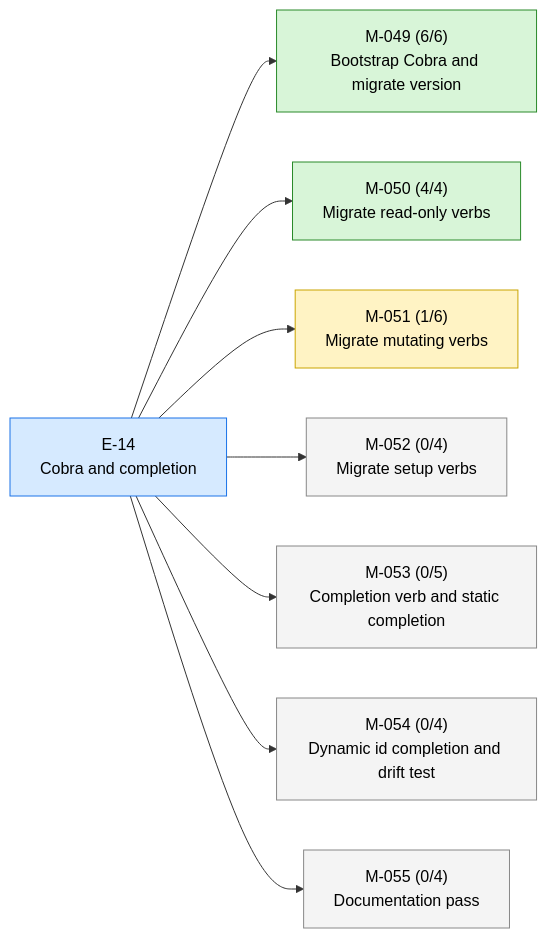
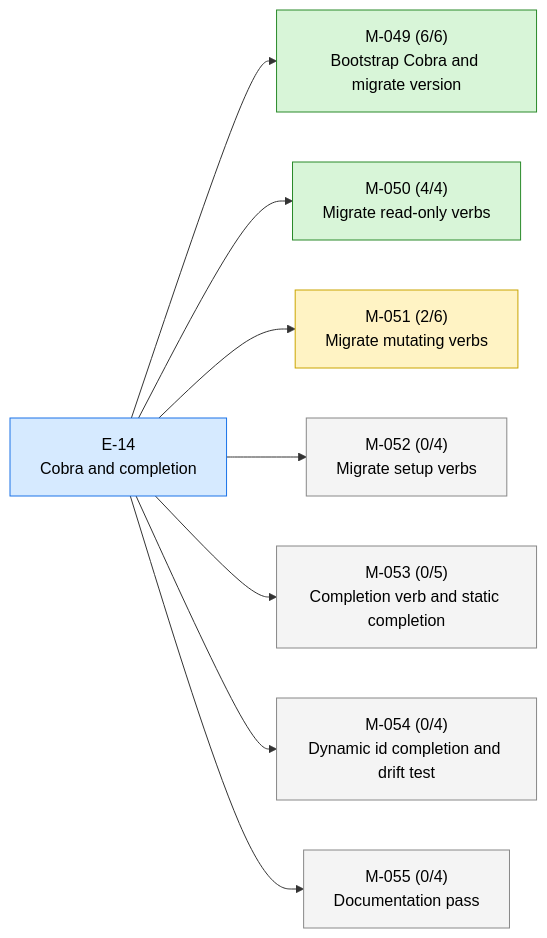
Before and after one commit to 23min/aiwf: the first of 2 diagrams in STATUS.md, drawn with Mermaid. The commit also changed other lines of this file and 1 other file, not shown here.

````diff
--- a/STATUS.md
+++ b/STATUS.md
@@ -17,24 +17,24 @@
 ```mermaid
 flowchart LR
   E_14["E-14<br/>Cobra and completion"]:::epic_active
   M_049["M-049 (6/6)<br/>Bootstrap Cobra and migrate version"]:::ms_done
   E_14 --> M_049
   M_050["M-050 (4/4)<br/>Migrate read-only verbs"]:::ms_done
   E_14 --> M_050
-  M_051["M-051 (1/6)<br/>Migrate mutating verbs"]:::ms_in_progress
+  M_051["M-051 (2/6)<br/>Migrate mutating verbs"]:::ms_in_progress
   E_14 --> M_051
   M_052["M-052 (0/4)<br/>Migrate setup verbs"]:::ms_draft
   E_14 --> M_052
   M_053["M-053 (0/5)<br/>Completion verb and static completion"]:::ms_draft
   E_14 --> M_053
   M_054["M-054 (0/4)<br/>Dynamic id completion and drift test"]:::ms_draft
   E_14 --> M_054
   M_055["M-055 (0/4)<br/>Documentation pass"]:::ms_draft
   E_14 --> M_055
   classDef epic_active fill:#d6eaff,stroke:#1a73e8,color:#000
   classDef epic_proposed fill:#f4f4f4,stroke:#888,color:#000
   classDef ms_done fill:#d8f5d8,stroke:#2a8a2a,color:#000
   classDef ms_in_progress fill:#fff3c4,stroke:#caa400,color:#000
   classDef ms_draft fill:#f4f4f4,stroke:#888,color:#000
   classDef ms_cancelled fill:#fbeaea,stroke:#c33,color:#000
 ```
````
